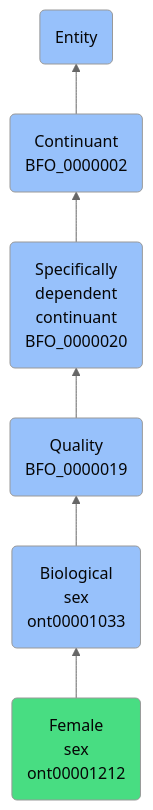
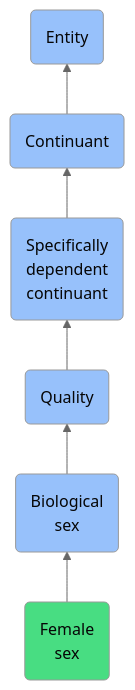
One commit to jupyter-naas/abi changed the diagram in docs/ontology/reference/model/Entity/Continuant/Specifically dependent continuant/Quality/Biological sex/Female sex/Female sex.md. Above: the diagram before and after it, drawn with Mermaid (neutral theme). The commit also changed other lines of this file and 1430 other files, not shown here.

````diff
--- a/docs/ontology/reference/model/Entity/Continuant/Specifically dependent continuant/Quality/Biological sex/Female sex/Female sex.md
+++ b/docs/ontology/reference/model/Entity/Continuant/Specifically dependent continuant/Quality/Biological sex/Female sex/Female sex.md
@@ -24,13 +24,13 @@
 ```mermaid
 graph BT
-    ont00001212(Female<br>sex<br>ont00001212):::ABI-->ont00001033
-    ont00001033(Biological<br>sex<br>ont00001033):::BFO-->BFO_0000019
-    BFO_0000019(Quality<br>BFO_0000019):::BFO-->BFO_0000020
-    BFO_0000020(Specifically<br>dependent<br>continuant<br>BFO_0000020):::BFO-->BFO_0000002
-    BFO_0000002(Continuant<br>BFO_0000002):::BFO-->BFO_0000001
+    ont00001212(Female<br>sex):::ABI-->ont00001033
+    ont00001033(Biological<br>sex):::BFO-->BFO_0000019
+    BFO_0000019(Quality):::BFO-->BFO_0000020
+    BFO_0000020(Specifically<br>dependent<br>continuant):::BFO-->BFO_0000002
+    BFO_0000002(Continuant):::BFO-->BFO_0000001
     BFO_0000001(Entity):::BFO
     
     classDef BFO fill:#97c1fb,color:#060606
     classDef CCO fill:#e4c51e,color:#060606
     classDef ABI fill:#48DD82,color:#060606
 ```
````
